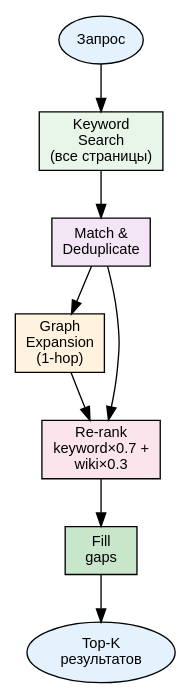
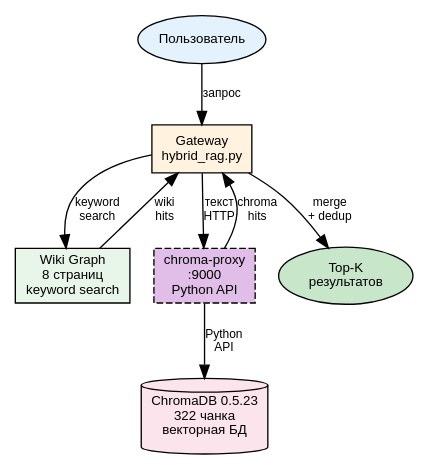
One commit to dedvmedved-dot/aither-project changed diagram 25 of 31 in docs/training-manual/05-part4-production.md. Above: the diagram before and after it, drawn with Graphviz. The commit also changed other lines of this file and 2 other files, not shown here.

First line of the commit message:
docs: учебник — гибридный RAG (ChromaDB+chroma-proxy), TOC-detailed v3.0, titul-book

````diff
--- a/docs/training-manual/05-part4-production.md
+++ b/docs/training-manual/05-part4-production.md
@@ -2662,23 +2672,23 @@
 ```dot
-digraph hybrid_rag {
+digraph hybrid_rag_arch {
     rankdir=TB;
     bgcolor="#ffffff";
-    node [fontname="Arial", fontsize=11];
+    node [fontname="Arial", fontsize=10, fontcolor="#000000"];
+    edge [fontname="Arial", fontsize=9, fontcolor="#000000"];
 
-    query [label="Запрос", shape=oval, style=filled, fillcolor="#e3f2fd"];
-    kw [label="Keyword\nSearch\n(все страницы)", shape=box, style=filled, fillcolor="#e8f5e9"];
-    match [label="Match &\nDeduplicate", shape=box, style=filled, fillcolor="#f3e5f5"];
-    expand [label="Graph\nExpansion\n(1-hop)", shape=box, style=filled, fillcolor="#fff3e0"];
-    rerank [label="Re-rank\nkeyword×0.7 +\nwiki×0.3", shape=box, style=filled, fillcolor="#fce4ec"];
-    fill [label="Fill\ngaps", shape=box, style=filled, fillcolor="#c8e6c9"];
-    result [label="Top-K\nрезультатов", shape=oval, style=filled, fillcolor="#e3f2fd"];
+    user [label="Пользователь", shape=oval, style=filled, fillcolor="#e3f2fd"];
+    gw [label="Gateway\nhybrid_rag.py", shape=box, style=filled, fillcolor="#fff3e0"];
+    wiki [label="Wiki Graph\n8 страниц\nkeyword search", shape=box, style=filled, fillcolor="#e8f5e9"];
+    proxy [label="chroma-proxy\n:9000\nPython API", shape=box, style="filled,dashed", fillcolor="#e1bee7"];
+    chroma [label="ChromaDB 0.5.23\n322 чанка\nвекторная БД", shape=cylinder, style=filled, fillcolor="#fce4ec"];
+    result [label="Top-K\nрезультатов", shape=oval, style=filled, fillcolor="#c8e6c9"];
 
-    query -> kw;
-    kw -> match;
-    match -> expand;
-    match -> rerank;
-    expand -> rerank;
-    rerank -> fill;
-    fill -> result;
+    user -> gw [label="запрос"];
+    gw -> wiki [label="keyword\nsearch"];
+    gw -> proxy [label="текст\nHTTP"];
+    proxy -> chroma [label="Python\nAPI"];
+    wiki -> gw [label="wiki\nhits"];
+    proxy -> gw [label="chroma\nhits"];
+    gw -> result [label="merge\n+ dedup"];
 }
 ```
````
